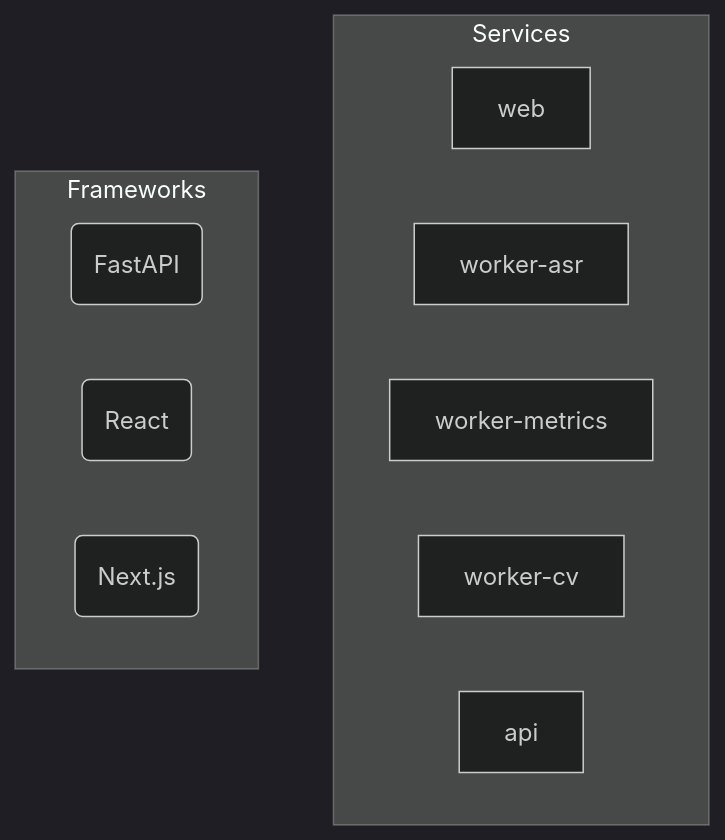
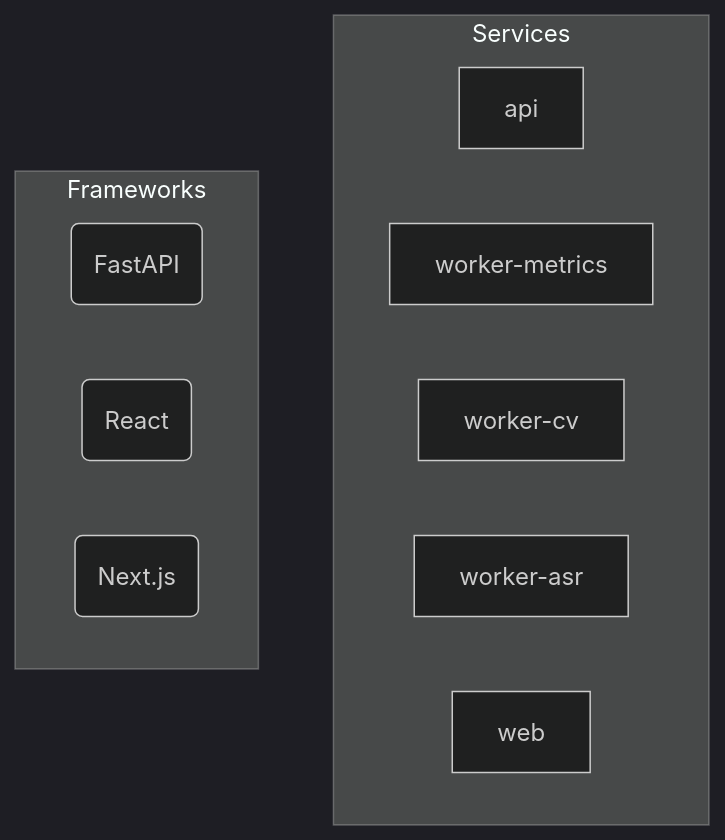
Before and after one commit to NITISH-R-G/PedagogyX: the diagram in README.md, drawn with Mermaid (dark theme). The commit also changed other lines of this file and 3 other files, not shown here.

Commit message:
docs: auto-generate repository documentation and diagrams [skip ci]

````diff
--- a/README.md
+++ b/README.md
@@ -38,22 +38,22 @@
 ```mermaid
 graph TD
     subgraph Services
-        web["web"]
-        click web href "services/web" "Go to web source"
-        worker_asr["worker-asr"]
-        click worker_asr href "services/worker-asr" "Go to worker-asr source"
+        api["api"]
+        click api href "services/api" "Go to api source"
         worker_metrics["worker-metrics"]
         click worker_metrics href "services/worker-metrics" "Go to worker-metrics source"
         worker_cv["worker-cv"]
         click worker_cv href "services/worker-cv" "Go to worker-cv source"
-        api["api"]
-        click api href "services/api" "Go to api source"
+        worker_asr["worker-asr"]
+        click worker_asr href "services/worker-asr" "Go to worker-asr source"
+        web["web"]
+        click web href "services/web" "Go to web source"
     end
 
     subgraph Frameworks
         FastAPI(FastAPI)
         React(React)
         Next_js(Next.js)
     end
 
 ```
````
